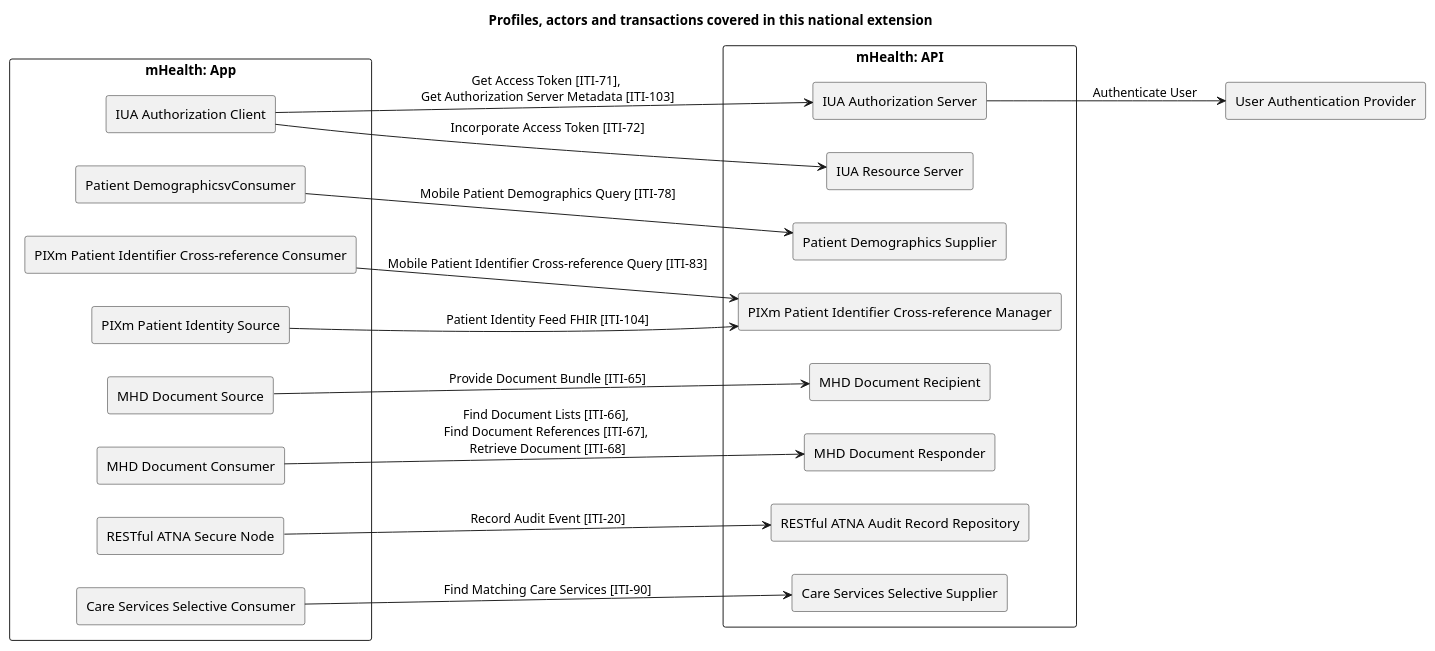
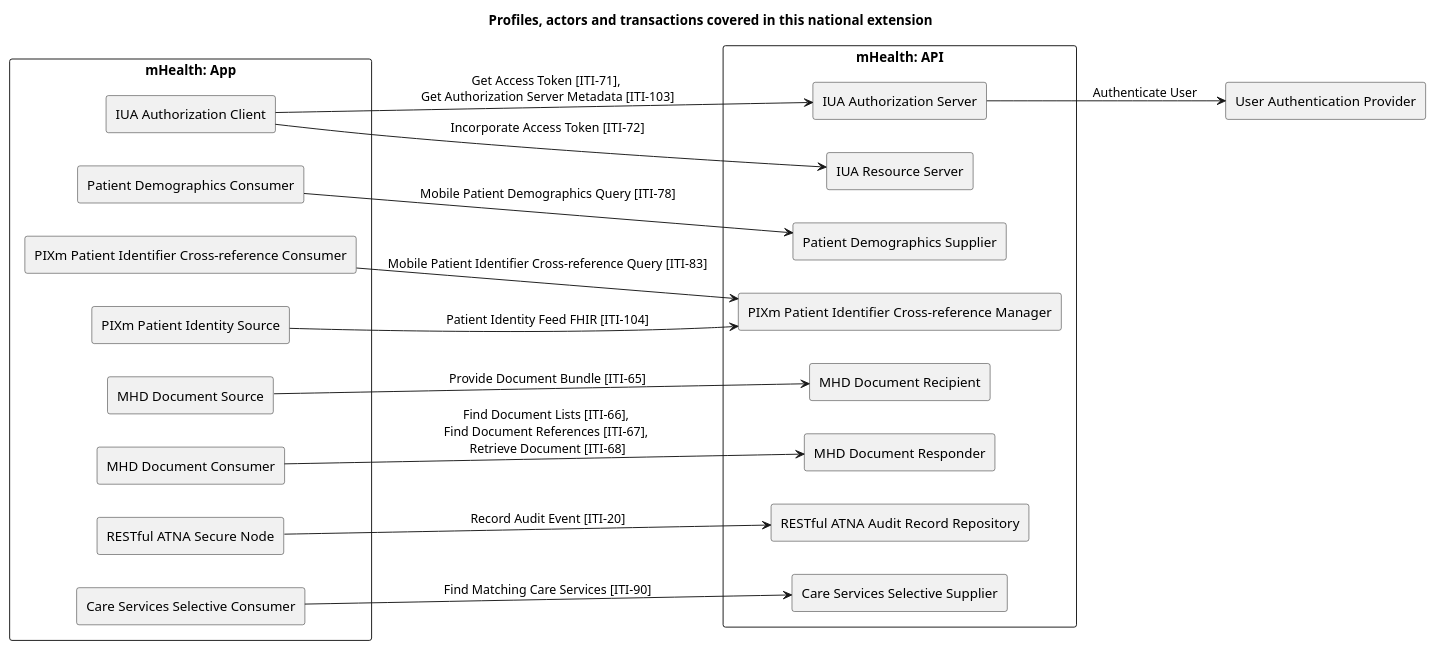
The diagram in input/images-source/overview.plantuml (ehealthsuisse/ch-epr-fhir), drawn with PlantUML before and after one commit.

Commit message:
Fix typo in overview diagram

```diff
--- a/input/images-source/overview.plantuml
+++ b/input/images-source/overview.plantuml
@@ -1,55 +1,55 @@
 @startuml
 
 title **Profiles, actors and transactions covered in this national extension**
 
 skinparam componentStyle rectangle
 skinparam svgDimensionStyle false
 
 left to right direction
 
 component "mHealth: App" {
   [IUA Authorization Client] as IUAClient
 
-  [Patient DemographicsvConsumer] as PDQmConsumer
+  [Patient Demographics Consumer] as PDQmConsumer
 
   [PIXm Patient Identifier Cross-reference Consumer] as PIXmConsumer
   [PIXm Patient Identity Source] as PIXmSource
 
   [MHD Document Source] as MHDSource
   [MHD Document Consumer] as MHDConsumer
 
   [RESTful ATNA Secure Node] as ATNANode
 
   [Care Services Selective Consumer] as mCSDSelectiveConsumer
 }
 
 component "mHealth: API" {
   [IUA Authorization Server] as IUAAuthServer
   IUAClient -> IUAAuthServer : Get Access Token [ITI-71], \nGet Authorization Server Metadata [ITI-103]
   [IUA Resource Server] as IUAResourceServer
   IUAClient --> IUAResourceServer : Incorporate Access Token [ITI-72]
 
   [Patient Demographics Supplier] as PDQmSupplier
   PDQmConsumer --> PDQmSupplier : Mobile Patient Demographics Query [ITI-78]
 
   [PIXm Patient Identifier Cross-reference Manager] as PIXmManager
   PIXmConsumer --> PIXmManager : Mobile Patient Identifier Cross-reference Query [ITI-83]
   PIXmSource --> PIXmManager : Patient Identity Feed FHIR [ITI-104]
 
   [MHD Document Recipient] as MHDRecipient
   MHDSource --> MHDRecipient : Provide Document Bundle [ITI-65]
 
   [MHD Document Responder] as MHDResponder
   MHDConsumer --> MHDResponder : Find Document Lists [ITI-66], \nFind Document References [ITI-67], \nRetrieve Document [ITI-68] 
 
   [RESTful ATNA Audit Record Repository] as ATNARepository
   ATNANode --> ATNARepository : Record Audit Event [ITI-20]
 
   [Care Services Selective Supplier] as mCSDSelectiveSupplier
   mCSDSelectiveConsumer --> mCSDSelectiveSupplier : Find Matching Care Services [ITI-90]
 }
 
 [User Authentication Provider] as UAProvider
 IUAAuthServer --> UAProvider : Authenticate User
 
 @enduml
```
